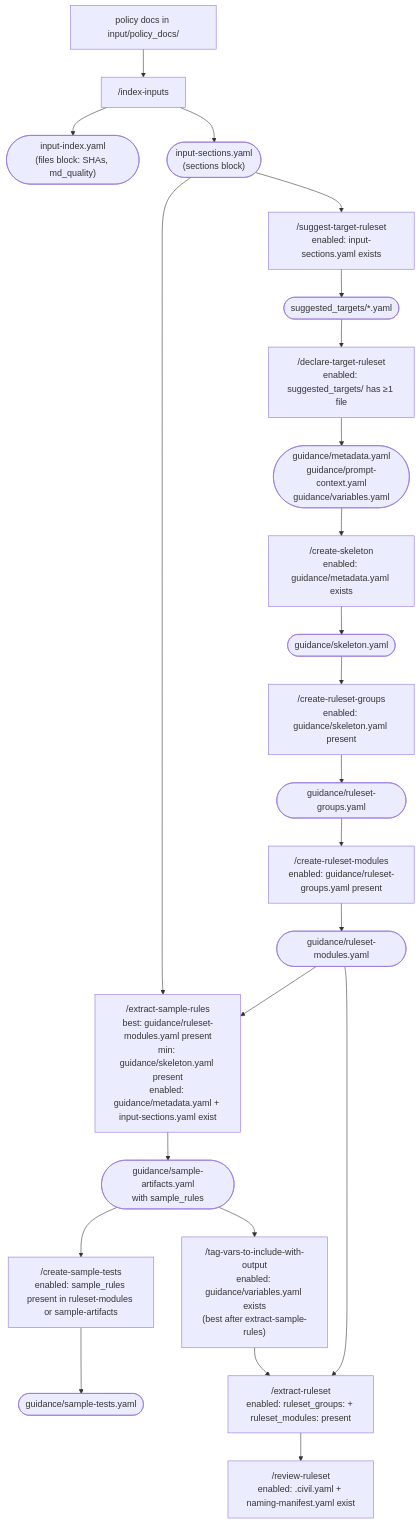
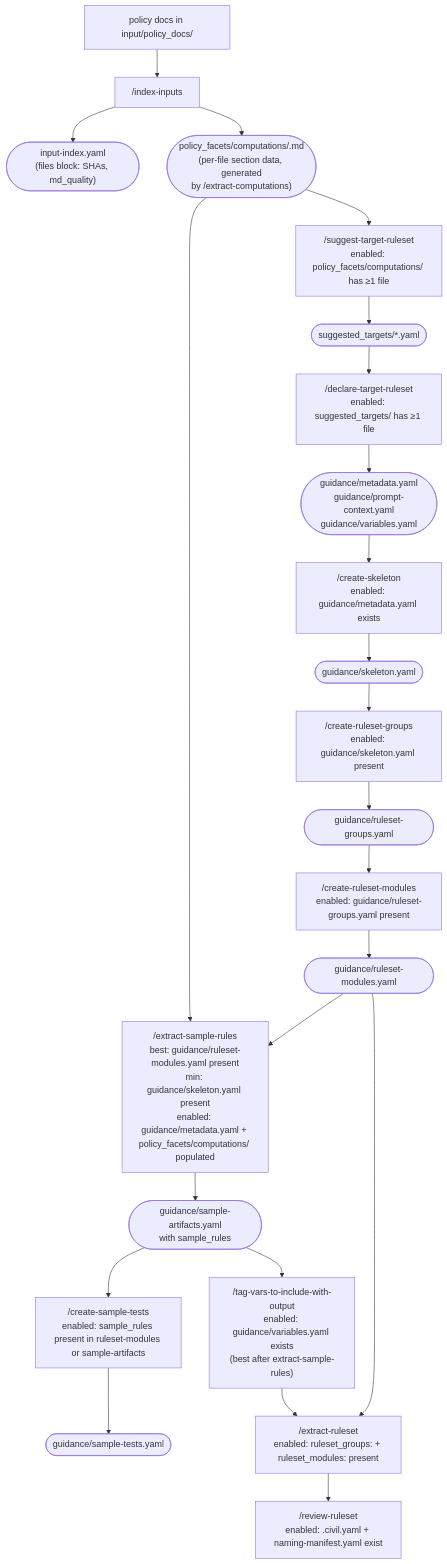
Before and after one commit to navapbc/lockpicks-xlator-plugin: the diagram in xl-plugin/CLAUDE.md, drawn with Mermaid. The commit also changed 2 other files, not shown here.

Commit message:
feat: bump xl plugin to v3.0.0 (input-sections.yaml removed, computations facet)

````diff
--- a/xl-plugin/CLAUDE.md
+++ b/xl-plugin/CLAUDE.md
@@ -86,44 +86,44 @@
 ```mermaid
 flowchart TD
     DOCS["policy docs in input/policy_docs/"]
     IDX_CMD["/index-inputs"]
     IDX_META(["input-index.yaml\n(files block: SHAs, md_quality)"])
-    IDX_SECTS(["input-sections.yaml\n(sections block)"])
+    IDX_COMPS(["policy_facets/computations/<rel>.md\n(per-file section data, generated\nby /extract-computations)"])
 
     DOCS --> IDX_CMD --> IDX_META
-    IDX_CMD --> IDX_SECTS
+    IDX_CMD --> IDX_COMPS
 
-    SUG["/suggest-target-ruleset\nenabled: input-sections.yaml exists"]
+    SUG["/suggest-target-ruleset\nenabled: policy_facets/computations/ has ≥1 file"]
     SUG_F(["suggested_targets/*.yaml"])
     DECL["/declare-target-ruleset\nenabled: suggested_targets/ has ≥1 file"]
     GY(["guidance/metadata.yaml\nguidance/prompt-context.yaml\nguidance/variables.yaml"])
 
-    IDX_SECTS --> SUG --> SUG_F --> DECL --> GY
+    IDX_COMPS --> SUG --> SUG_F --> DECL --> GY
 
     SKEL["/create-skeleton\nenabled: guidance/metadata.yaml exists"]
     GY_SKEL(["guidance/skeleton.yaml"])
     GROUPS["/create-ruleset-groups\nenabled: guidance/skeleton.yaml present"]
     GY_GROUPS(["guidance/ruleset-groups.yaml"])
     MODS["/create-ruleset-modules\nenabled: guidance/ruleset-groups.yaml present"]
 
     GY --> SKEL --> GY_SKEL --> GROUPS --> GY_GROUPS --> MODS
 
     GY_MODS(["guidance/ruleset-modules.yaml"])
-    SAMPLERULES["/extract-sample-rules\nbest: guidance/ruleset-modules.yaml present\nmin: guidance/skeleton.yaml present\nenabled: guidance/metadata.yaml + input-sections.yaml exist"]
+    SAMPLERULES["/extract-sample-rules\nbest: guidance/ruleset-modules.yaml present\nmin: guidance/skeleton.yaml present\nenabled: guidance/metadata.yaml + policy_facets/computations/ populated"]
     GY_RULES(["guidance/sample-artifacts.yaml\nwith sample_rules"])
     TAGVARS["/tag-vars-to-include-with-output\nenabled: guidance/variables.yaml exists\n(best after extract-sample-rules)"]
     SAMPLETESTS["/create-sample-tests\nenabled: sample_rules present in ruleset-modules or sample-artifacts"]
     GY_SAMPLETESTS(["guidance/sample-tests.yaml"])
 
     MODS --> GY_MODS --> SAMPLERULES
-    IDX_SECTS --> SAMPLERULES
+    IDX_COMPS --> SAMPLERULES
     SAMPLERULES --> GY_RULES --> TAGVARS
     GY_RULES --> SAMPLETESTS --> GY_SAMPLETESTS
 
     EXTRACT["/extract-ruleset\nenabled: ruleset_groups: + ruleset_modules: present"]
     REVIEW["/review-ruleset\nenabled: <program>.civil.yaml + naming-manifest.yaml exist"]
 
     GY_MODS --> EXTRACT
     TAGVARS --> EXTRACT
     EXTRACT --> REVIEW
 ```
````
